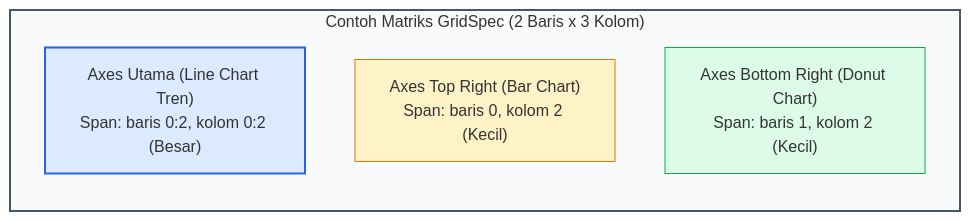
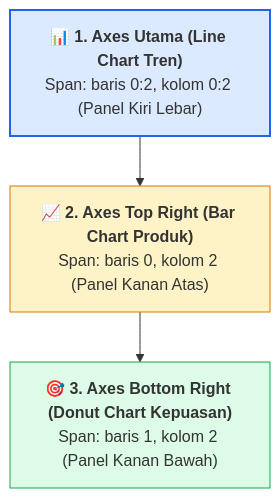
One commit to mahendaruui/Perkuliahan changed the third of 3 diagrams in docs/visualisasi-data/05-matplotlib-fundamental.md. Above: the diagram before and after it, drawn with Mermaid. The commit also changed other lines of this file and 15 other files, not shown here.

Commit message:
refactor: update and standardize mermaid diagrams across all documentation modules

````diff
--- a/docs/visualisasi-data/05-matplotlib-fundamental.md
+++ b/docs/visualisasi-data/05-matplotlib-fundamental.md
@@ -71,14 +69,10 @@
 ```mermaid
-flowchart LR
-    subgraph GridSpec2x3["Contoh Matriks GridSpec (2 Baris x 3 Kolom)"]
-        direction TB
-        G1["Axes Utama (Line Chart Tren)<br>Span: baris 0:2, kolom 0:2 (Besar)"]
-        G2["Axes Top Right (Bar Chart)<br>Span: baris 0, kolom 2 (Kecil)"]
-        G3["Axes Bottom Right (Donut Chart)<br>Span: baris 1, kolom 2 (Kecil)"]
-    end
+flowchart TD
+    G1["📊 <b>1. Axes Utama (Line Chart Tren)</b><br>Span: baris 0:2, kolom 0:2 (Panel Kiri Lebar)"]
+    --> G2["📈 <b>2. Axes Top Right (Bar Chart Produk)</b><br>Span: baris 0, kolom 2 (Panel Kanan Atas)"]
+    --> G3["🎯 <b>3. Axes Bottom Right (Donut Chart Kepuasan)</b><br>Span: baris 1, kolom 2 (Panel Kanan Bawah)"]
 
-    style GridSpec2x3 fill:#f8fafc,stroke:#475569,stroke-width:2px
     style G1 fill:#dbeafe,stroke:#2563eb,stroke-width:2px
     style G2 fill:#fef3c7,stroke:#d97706,stroke-width:1px
     style G3 fill:#dcfce7,stroke:#16a34a,stroke-width:1px
 ```
````
